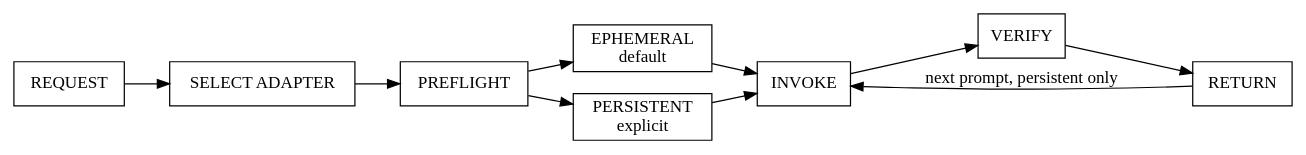
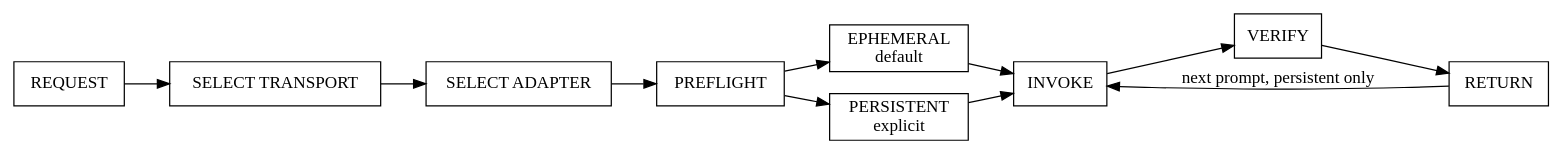
One commit to anjulgarg/agents changed the first of 2 diagrams in skills/foreman-worker/SKILL.md. Above: the diagram before and after it, drawn with Graphviz. The commit also changed other lines of this file and 5 other files, not shown here.

````diff
--- a/skills/foreman-worker/SKILL.md
+++ b/skills/foreman-worker/SKILL.md
@@ -10,21 +10,22 @@
 ```dot
 digraph ForemanWorker {
     rankdir=LR;
     node [shape=box];
 
     request [label="REQUEST"];
-    select [label="SELECT ADAPTER"];
+    transport [label="SELECT TRANSPORT"];
+    adapter [label="SELECT ADAPTER"];
     preflight [label="PREFLIGHT"];
     ephemeral [label="EPHEMERAL\ndefault"];
     persistent [label="PERSISTENT\nexplicit"];
     invoke [label="INVOKE"];
     verify [label="VERIFY"];
     result [label="RETURN"];
 
-    request -> select -> preflight;
+    request -> transport -> adapter -> preflight;
     preflight -> ephemeral -> invoke;
     preflight -> persistent -> invoke;
     invoke -> verify -> result;
     result -> invoke [label="next prompt, persistent only"];
 }
 ```
````
